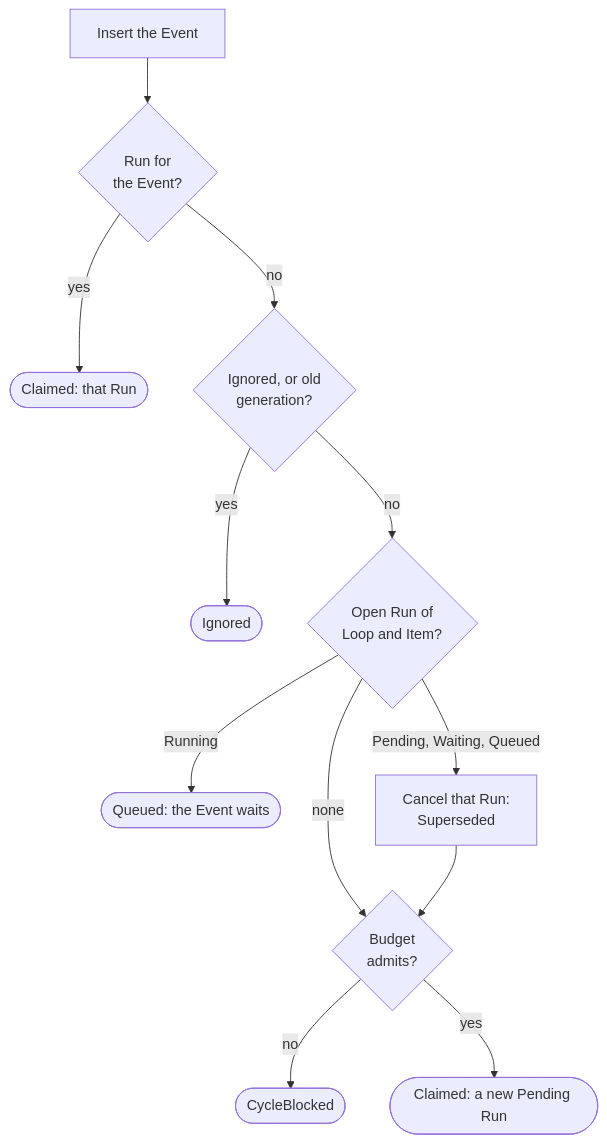
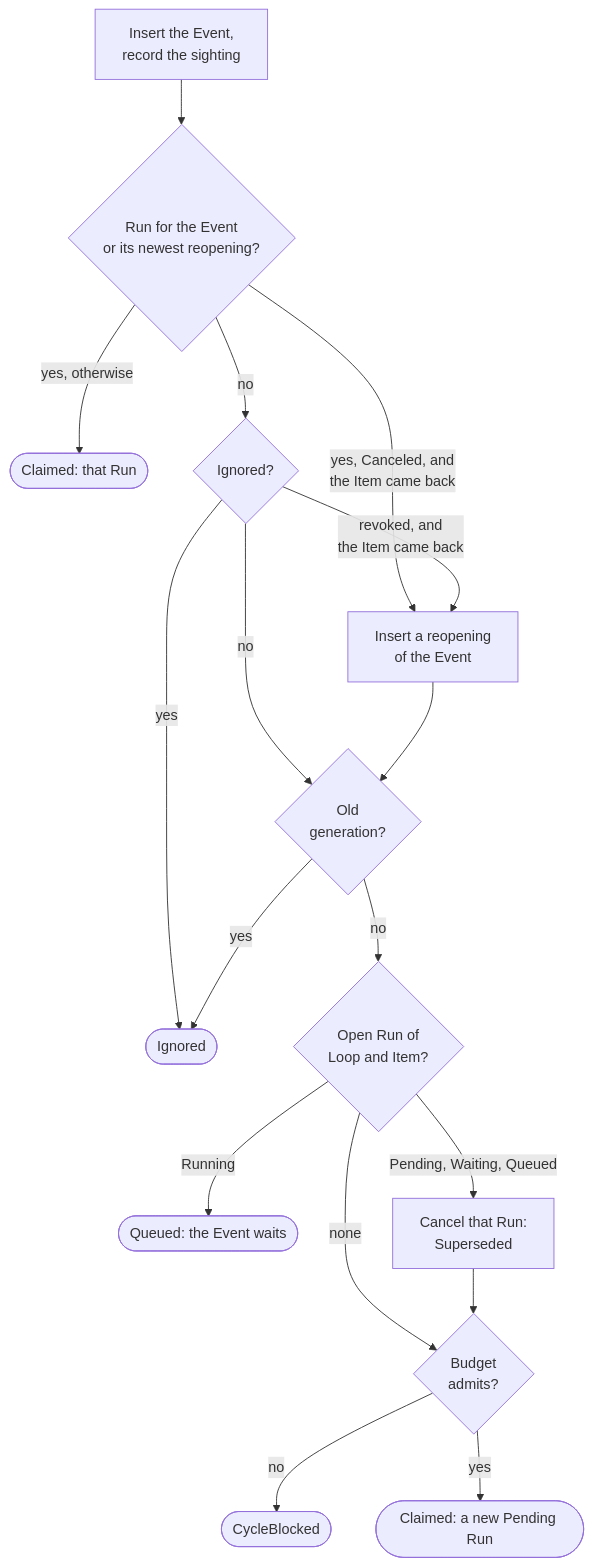
One commit to basaltbytes/usine changed the second of 5 diagrams in apps/docs/src/content/docs/architecture/run-lifecycle.mdx. Above: the diagram before and after it, drawn with Mermaid. The commit also changed other lines of this file and 17 other files, not shown here.

First line of the commit message:
fix(engine): open a new Run when the Item comes back to a canceled Run's state

````diff
--- a/apps/docs/src/content/docs/architecture/run-lifecycle.mdx
+++ b/apps/docs/src/content/docs/architecture/run-lifecycle.mdx
@@ -84,14 +85,19 @@
 ```mermaid
 flowchart TB
-  record["Insert the Event"] --> existing{"Run for<br/>the Event?"}
-  existing -- yes --> claimed(["Claimed: that Run"])
-  existing -- no --> ignored{"Ignored, or old<br/>generation?"}
+  record["Insert the Event,<br/>record the sighting"] --> existing{"Run for the Event<br/>or its newest reopening?"}
+  existing -- "yes, Canceled, and<br/>the Item came back" --> reopen["Insert a reopening<br/>of the Event"]
+  existing -- "yes, otherwise" --> claimed(["Claimed: that Run"])
+  existing -- no --> ignored{"Ignored?"}
+  ignored -- "revoked, and<br/>the Item came back" --> reopen
   ignored -- yes --> ignoredResult(["Ignored"])
-  ignored -- no --> blocking{"Open Run of<br/>Loop and Item?"}
+  ignored -- no --> generation{"Old<br/>generation?"}
+  reopen --> generation
+  generation -- yes --> ignoredResult
+  generation -- no --> blocking{"Open Run of<br/>Loop and Item?"}
   blocking -- Running --> queued(["Queued: the Event waits"])
   blocking -- "Pending, Waiting, Queued" --> supersede["Cancel that Run:<br/>Superseded"]
   blocking -- none --> budget
   supersede --> budget{"Budget<br/>admits?"}
   budget -- no --> blocked(["CycleBlocked"])
   budget -- yes --> opened(["Claimed: a new Pending Run"])
 ```
````
